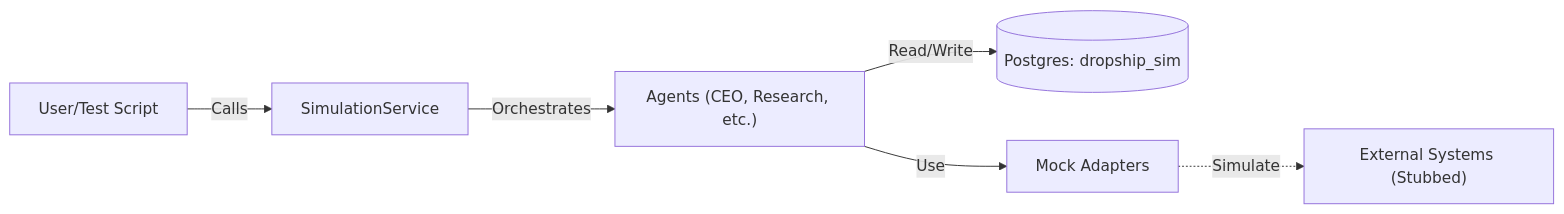
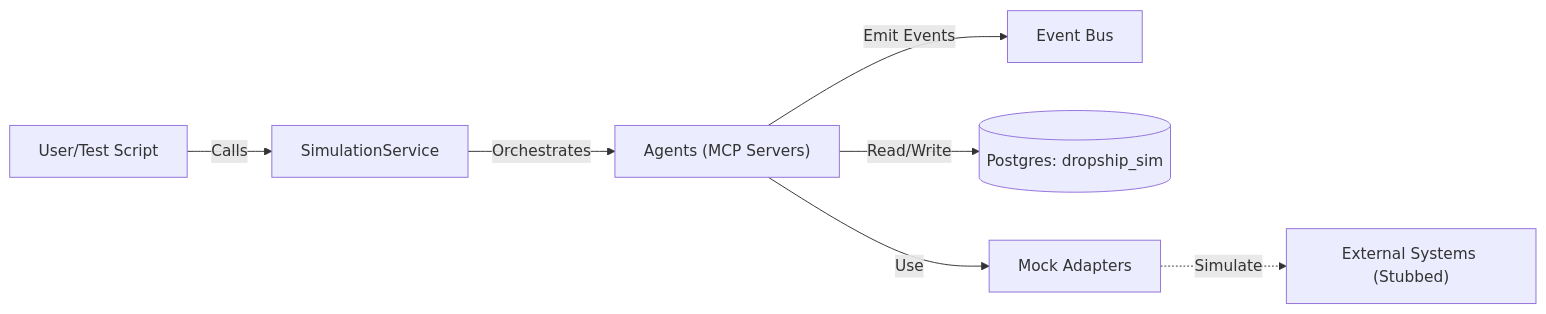
One commit to andylelli/ds1 changed the first of 2 diagrams in Documentation/Reference/ENVIRONMENT_SIMULATION_V_LIVE.md. Above: the diagram before and after it, drawn with Mermaid. The commit also changed other lines of this file and 1 other file, not shown here.

````diff
--- a/Documentation/Reference/ENVIRONMENT_SIMULATION_V_LIVE.md
+++ b/Documentation/Reference/ENVIRONMENT_SIMULATION_V_LIVE.md
@@ -16,8 +16,9 @@
 ```mermaid
 flowchart LR
   User["User/Test Script"] -->|Calls| SimService[SimulationService]
-  SimService -->|Orchestrates| Agents["Agents (CEO, Research, etc.)"]
+  SimService -->|Orchestrates| Agents["Agents (MCP Servers)"]
+  Agents -->|Emit Events| EventBus["Event Bus"]
   Agents -->|Read/Write| DB[("Postgres: dropship_sim")]
   Agents -->|Use| MockAdapters["Mock Adapters"]
   MockAdapters -.->|Simulate| External["External Systems (Stubbed)"]
 ```
````
